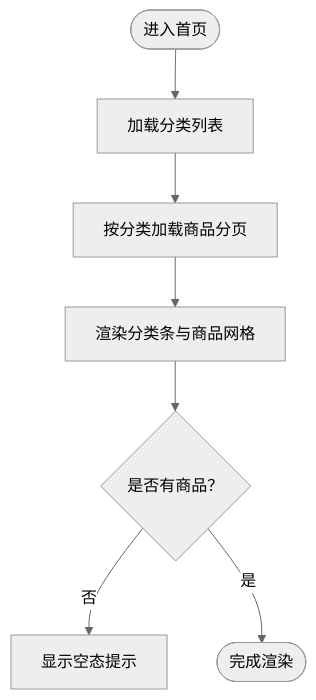
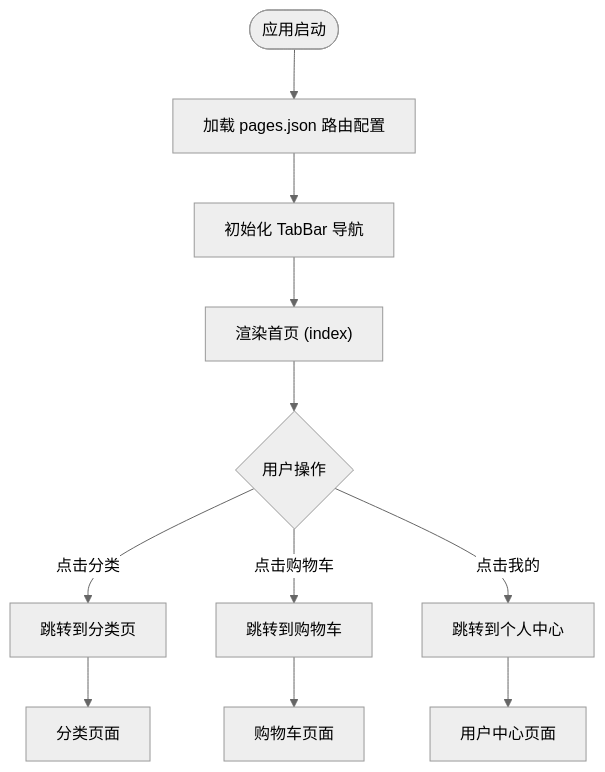
One commit to QtImM/wechatMiniprogram_Store changed the fourth of 6 diagrams in .qoder/repowiki/zh/content/前端架构设计/小程序整体架构.md. Above: the diagram before and after it, drawn with Mermaid (neutral theme). The commit also changed other lines of this file and 109 other files, not shown here.

````diff
--- a/.qoder/repowiki/zh/content/前端架构设计/小程序整体架构.md
+++ b/.qoder/repowiki/zh/content/前端架构设计/小程序整体架构.md
@@ -158,9 +155,13 @@
 ```mermaid
 flowchart TD
-Start(["进入首页"]) --> LoadCats["加载分类列表"]
-LoadCats --> LoadProds["按分类加载商品分页"]
-LoadProds --> RenderUI["渲染分类条与商品网格"]
-RenderUI --> EmptyCheck{"是否有商品？"}
-EmptyCheck --> |否| ShowEmpty["显示空态提示"]
-EmptyCheck --> |是| End(["完成渲染"])
+Start(["应用启动"]) --> LoadPages["加载 pages.json 路由配置"]
+LoadPages --> InitTabBar["初始化 TabBar 导航"]
+InitTabBar --> RenderHome["渲染首页 (index)"]
+RenderHome --> UserAction{"用户操作"}
+UserAction --> |点击分类| GoCatalog["跳转到分类页"]
+UserAction --> |点击购物车| GoCart["跳转到购物车"]
+UserAction --> |点击我的| GoUser["跳转到个人中心"]
+GoCatalog --> CatalogPage["分类页面"]
+GoCart --> CartPage["购物车页面"]
+GoUser --> UserPage["用户中心页面"]
 ```
````
